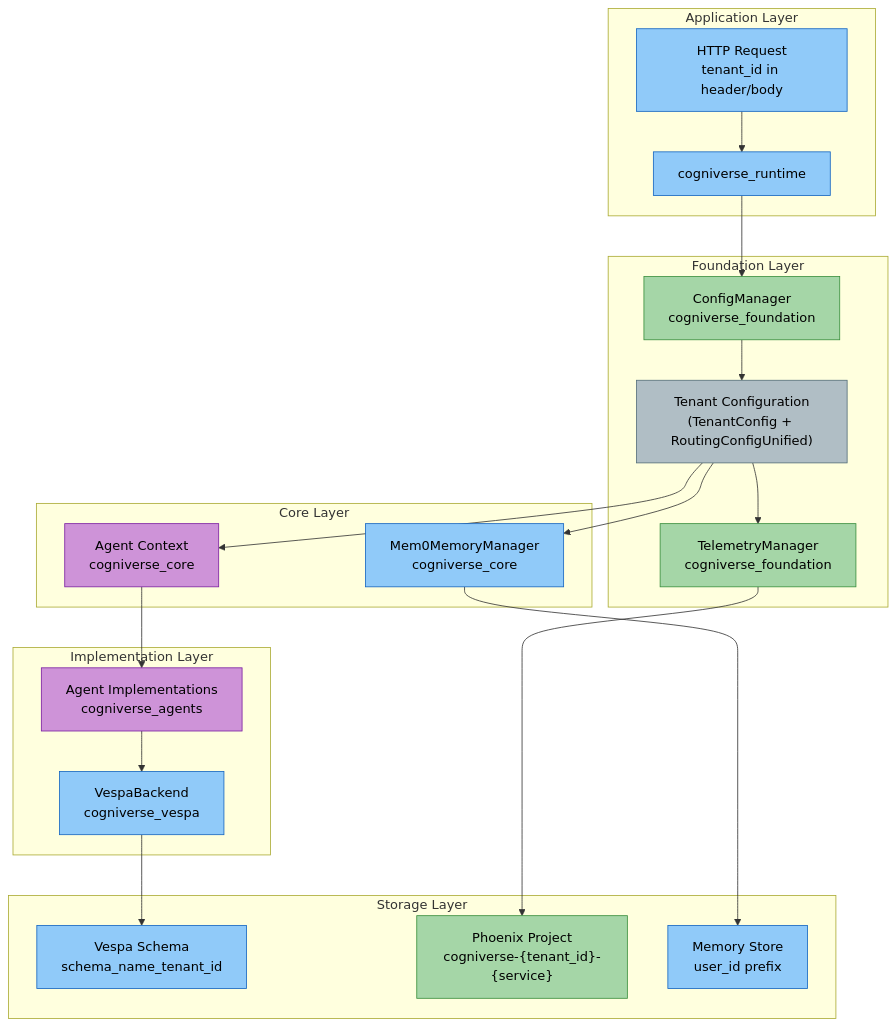
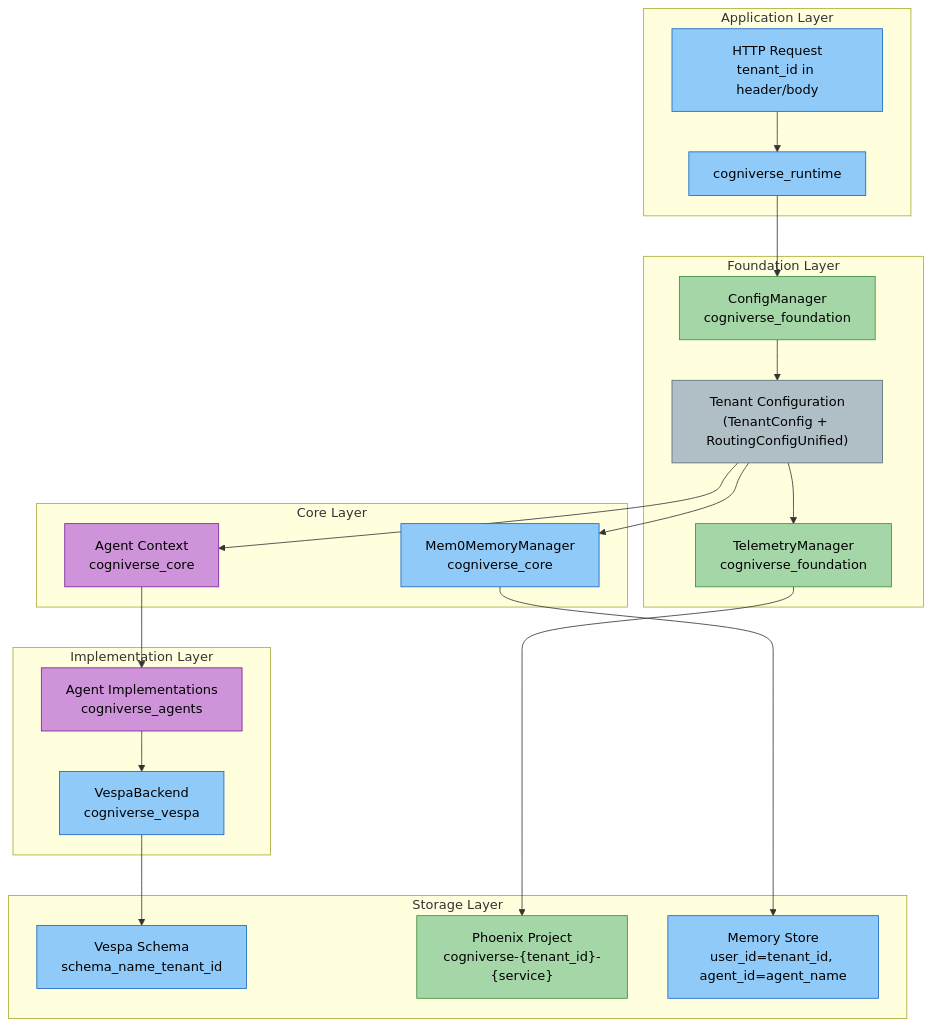
Before and after one commit to amit-jain/cogniverse: the second of 21 diagrams in docs/diagrams/multi-tenant-diagrams.md, drawn with Mermaid. The commit also changed other lines of this file and 50 other files, not shown here.

First line of the commit message:
Complete and verify docs against code with mermaid palette

````diff
--- a/docs/diagrams/multi-tenant-diagrams.md
+++ b/docs/diagrams/multi-tenant-diagrams.md
@@ -101,54 +101,54 @@
 ```mermaid
 flowchart TB
     subgraph "Application Layer"
         Request["<span style='color:#000'>HTTP Request<br/>tenant_id in header/body</span>"]
         Runtime["<span style='color:#000'>cogniverse_runtime</span>"]
     end
 
     subgraph "Foundation Layer"
         ConfigMgr["<span style='color:#000'>ConfigManager<br/>cogniverse_foundation</span>"]
         TenantConfig["<span style='color:#000'>Tenant Configuration<br/>(TenantConfig + RoutingConfigUnified)</span>"]
         TelemetryBase["<span style='color:#000'>TelemetryManager<br/>cogniverse_foundation</span>"]
     end
 
     subgraph "Core Layer"
         Agent["<span style='color:#000'>Agent Context<br/>cogniverse_core</span>"]
         Memory["<span style='color:#000'>Mem0MemoryManager<br/>cogniverse_core</span>"]
     end
 
     subgraph "Implementation Layer"
         VespaBackend["<span style='color:#000'>VespaBackend<br/>cogniverse_vespa</span>"]
         AgentImpl["<span style='color:#000'>Agent Implementations<br/>cogniverse_agents</span>"]
     end
 
     subgraph "Storage Layer"
         VespaSchema["<span style='color:#000'>Vespa Schema<br/>schema_name_tenant_id</span>"]
         PhoenixProject["<span style='color:#000'>Phoenix Project<br/>cogniverse-{tenant_id}-{service}</span>"]
-        MemoryStore["<span style='color:#000'>Memory Store<br/>user_id prefix</span>"]
+        MemoryStore["<span style='color:#000'>Memory Store<br/>user_id=tenant_id, agent_id=agent_name</span>"]
     end
 
     Request --> Runtime
     Runtime --> ConfigMgr
     ConfigMgr --> TenantConfig
     TenantConfig --> Agent
     TenantConfig --> TelemetryBase
     TenantConfig --> Memory
     Agent --> AgentImpl
     AgentImpl --> VespaBackend
     VespaBackend --> VespaSchema
     TelemetryBase --> PhoenixProject
     Memory --> MemoryStore
 
     style Request fill:#90caf9,stroke:#1565c0,color:#000
     style Runtime fill:#90caf9,stroke:#1565c0,color:#000
     style ConfigMgr fill:#a5d6a7,stroke:#388e3c,color:#000
     style TenantConfig fill:#b0bec5,stroke:#546e7a,color:#000
     style TelemetryBase fill:#a5d6a7,stroke:#388e3c,color:#000
     style Agent fill:#ce93d8,stroke:#7b1fa2,color:#000
     style Memory fill:#90caf9,stroke:#1565c0,color:#000
     style VespaBackend fill:#90caf9,stroke:#1565c0,color:#000
     style AgentImpl fill:#ce93d8,stroke:#7b1fa2,color:#000
     style VespaSchema fill:#90caf9,stroke:#1565c0,color:#000
     style PhoenixProject fill:#a5d6a7,stroke:#388e3c,color:#000
     style MemoryStore fill:#90caf9,stroke:#1565c0,color:#000
 ```
````
